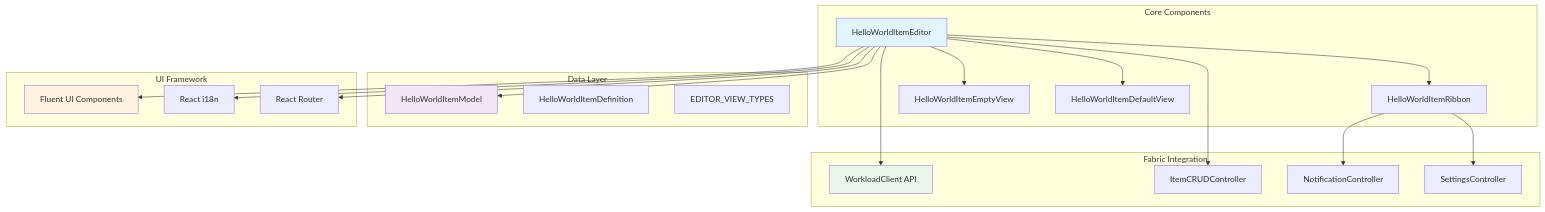
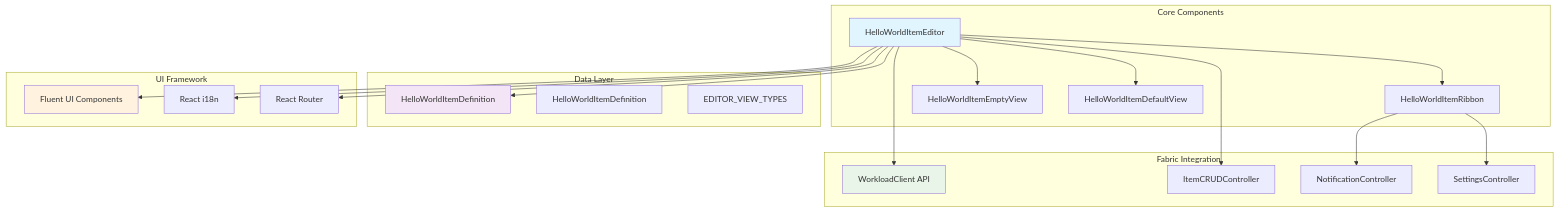
Before and after one commit to microsoft/Microsoft-Fabric-tools-workload: the first of 2 diagrams in docs/items/HelloWorldItem/Architecture.md, drawn with Mermaid. The commit also changed 6 other files, not shown here.

````diff
--- a/docs/items/HelloWorldItem/Architecture.md
+++ b/docs/items/HelloWorldItem/Architecture.md
@@ -5,41 +5,41 @@
 ```mermaid
 graph TB
     subgraph "Core Components"
         A[HelloWorldItemEditor] --> B[HelloWorldItemRibbon]
         A --> C[HelloWorldItemEmptyView]
         A --> D[HelloWorldItemDefaultView]
     end
     
     subgraph "Data Layer"
-        G[HelloWorldItemModel]
+        G[HelloWorldItemDefinition]
         H[HelloWorldItemDefinition]
         I[EDITOR_VIEW_TYPES]
     end
     
     subgraph "Fabric Integration"
         J[WorkloadClient API]
         K[ItemCRUDController]
         L[NotificationController]
         M[SettingsController]
     end
     
     subgraph "UI Framework"
         N[Fluent UI Components]
         O[React i18n]
         P[React Router]
     end
     
     A --> G
     A --> J
     A --> K
     B --> L
     B --> M
     A --> N
     A --> O
     A --> P
     
     style A fill:#e1f5fe
     style G fill:#f3e5f5
     style J fill:#e8f5e8
     style N fill:#fff3e0
 ```
````
